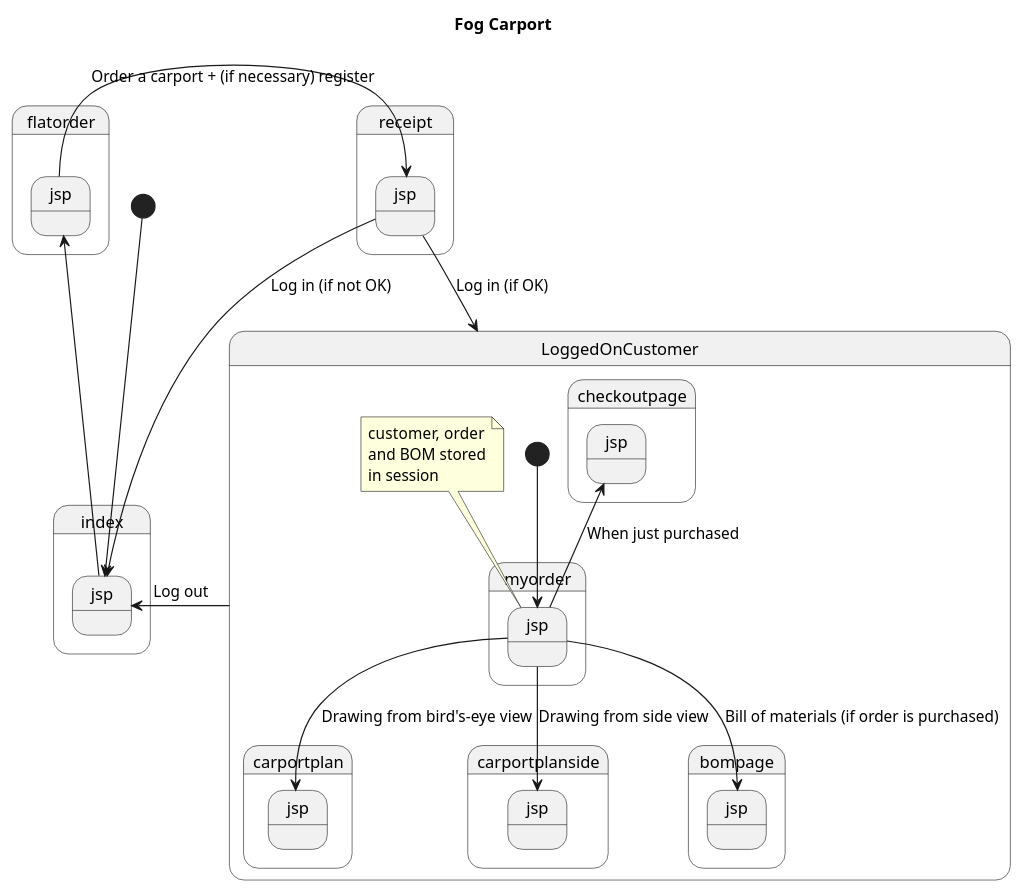
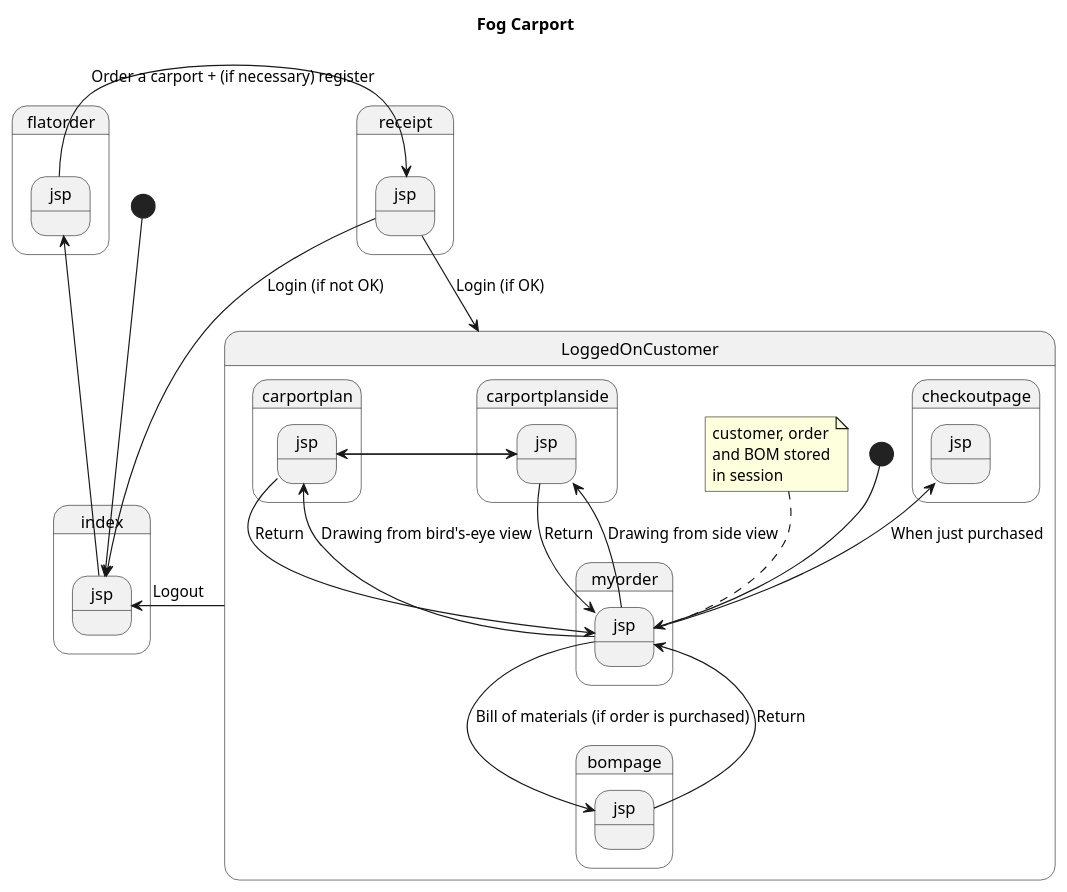
One commit to benskov95/Fog_Carport_Bornit changed the diagram in src/main/Diagrams/Navigationsdiagram.puml. Above: the diagram before and after it, drawn with PlantUML.

Commit message:
Ændringer i Navigationsdiagram

```diff
--- a/src/main/Diagrams/Navigationsdiagram.puml
+++ b/src/main/Diagrams/Navigationsdiagram.puml
@@ -1,33 +1,38 @@
 @startuml
 
 Title Fog Carport
 state flatorder.jsp
 
 [*] --> index.jsp
 index.jsp -right-> flatorder.jsp
 flatorder.jsp -right-> receipt.jsp: Order a carport + (if necessary) register
-receipt.jsp --> LoggedOnCustomer: Log in (if OK)
-receipt.jsp --> index.jsp: Log in (if not OK)
+receipt.jsp --> LoggedOnCustomer: Login (if OK)
+receipt.jsp --> index.jsp: Login (if not OK)
 
-LoggedOnCustomer --> index.jsp: Log out
+LoggedOnCustomer --> index.jsp: Logout
 
 state LoggedOnCustomer {
     state myorder.jsp
     state carportplan.jsp
     state carportplanside.jsp
     state bompage.jsp
     state checkoutpage.jsp
 
 note top of myorder.jsp
 customer, order
 and BOM stored
 in session
 end note
 
     [*]--> myorder.jsp
     myorder.jsp --> carportplan.jsp: Drawing from bird's-eye view
+    carportplan.jsp --> myorder.jsp: Return
+    carportplan.jsp -right-> carportplanside.jsp
+    carportplanside.jsp -right-> carportplan.jsp
     myorder.jsp --> carportplanside.jsp: Drawing from side view
+    carportplanside.jsp --> myorder.jsp: Return
     myorder.jsp --> bompage.jsp: Bill of materials (if order is purchased)
+    bompage.jsp --> myorder.jsp: Return
     myorder.jsp -up-> checkoutpage.jsp: When just purchased
 }
 @enduml
```
